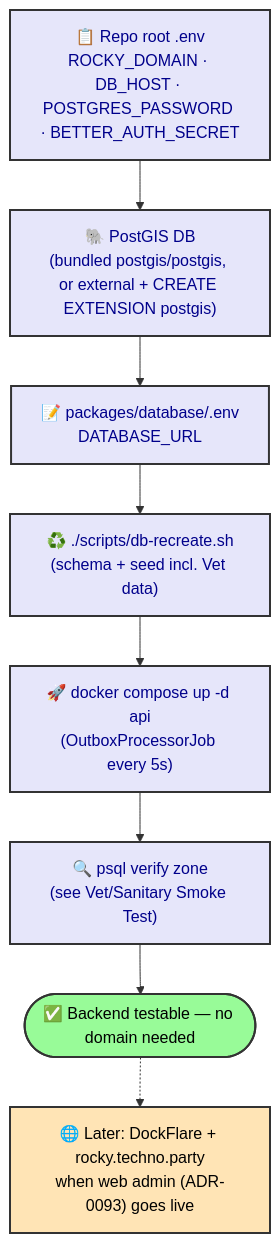
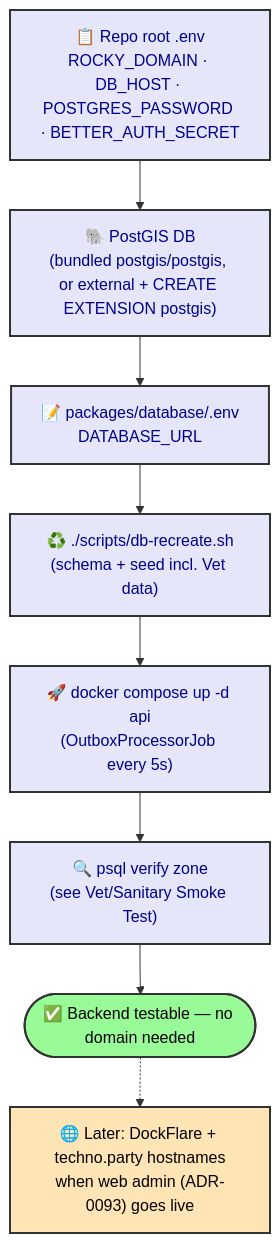
One commit to r0b0tr0n1k/rocky changed the diagram in apps/docs/content/runbooks/vm-prep.mdx. Above: the diagram before and after it, drawn with Mermaid. The commit also changed other lines of this file, not shown here.

First line of the commit message:
docs(runbook): vm-prep — lock tertiary-only domain constraint, ROCKY_DOMAIN=techno.party

````diff
--- a/apps/docs/content/runbooks/vm-prep.mdx
+++ b/apps/docs/content/runbooks/vm-prep.mdx
@@ -55,16 +57,16 @@
 ```mermaid
 flowchart TD
   A["📋 Repo root .env<br/>ROCKY_DOMAIN · DB_HOST · POSTGRES_PASSWORD · BETTER_AUTH_SECRET"] --> B["🐘 PostGIS DB<br/>(bundled postgis/postgis, or external + CREATE EXTENSION postgis)"]
   B --> C["📝 packages/database/.env<br/>DATABASE_URL"]
   C --> D["♻️ ./scripts/db-recreate.sh<br/>(schema + seed incl. Vet data)"]
   D --> E["🚀 docker compose up -d api<br/>(OutboxProcessorJob every 5s)"]
   E --> F["🔍 psql verify zone<br/>(see Vet/Sanitary Smoke Test)"]
   F --> G(["✅ Backend testable — no domain needed"])
-  G -.-> H["🌐 Later: DockFlare + rocky.techno.party<br/>when web admin (ADR-0093) goes live"]
+  G -.-> H["🌐 Later: DockFlare + techno.party hostnames<br/>when web admin (ADR-0093) goes live"]
   classDef step fill:#E6E6FA,stroke:#333,stroke-width:2px,color:darkblue
   classDef ok fill:#98FB98,stroke:#333,stroke-width:2px,color:black
   classDef later fill:#FFE4B5,stroke:#333,stroke-width:2px,color:black
   class A,B,C,D,E,F step
   class G ok
   class H later
 ```
````
